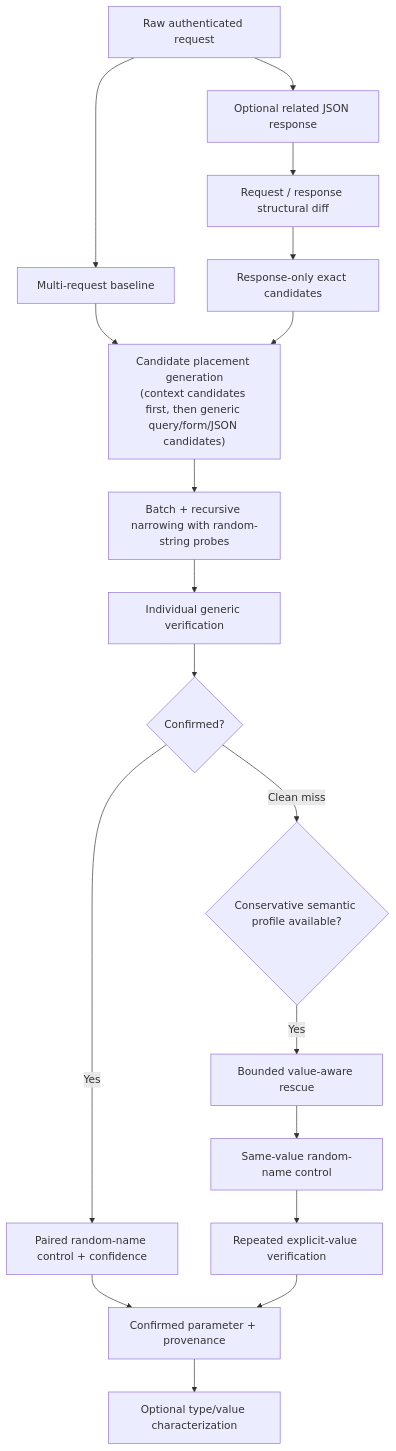
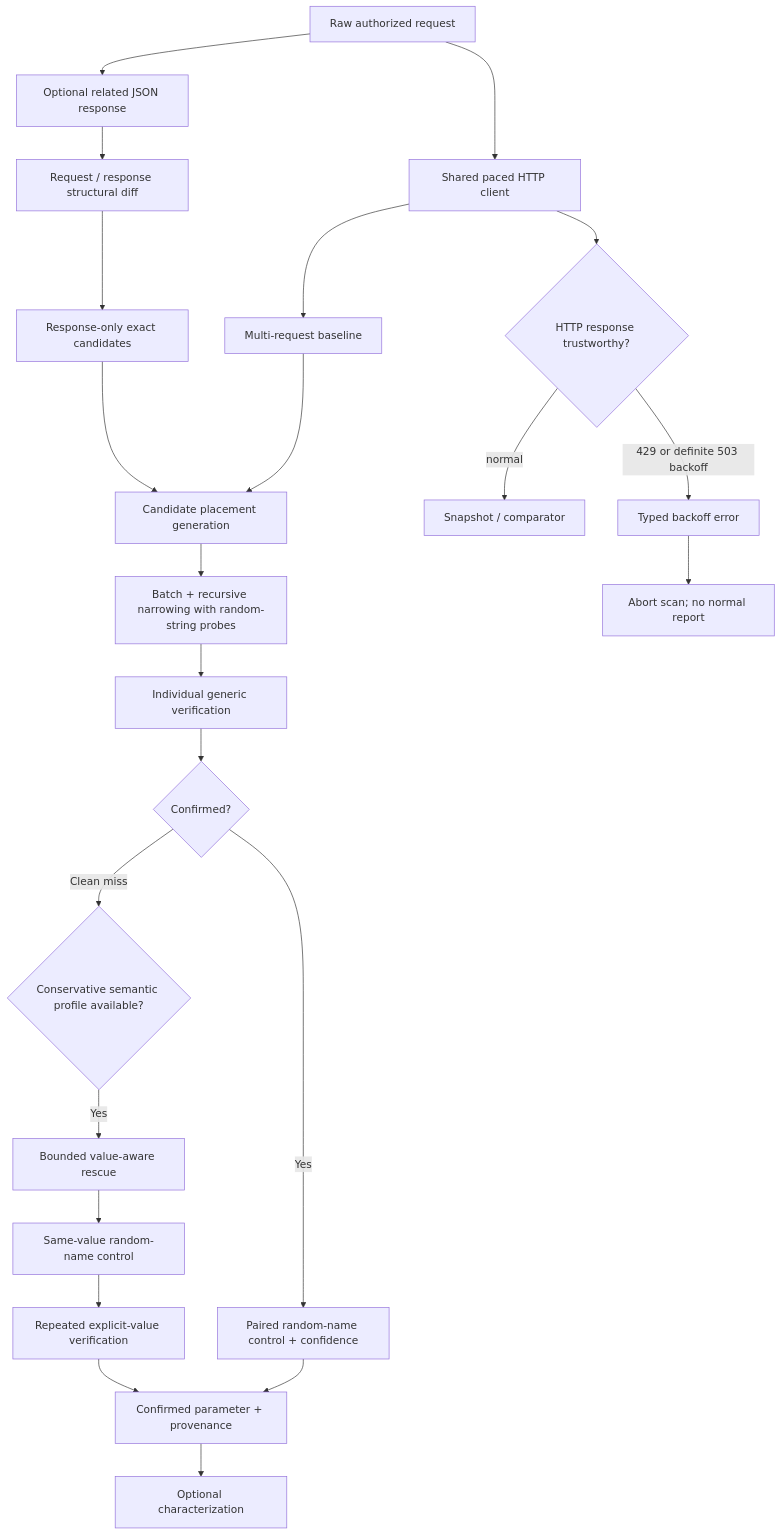
Before and after one commit to tobiasGuta/ParamIntel: the diagram in README.md, drawn with Mermaid. The commit also changed other lines of this file and 12 other files, not shown here.

````diff
--- a/README.md
+++ b/README.md
@@ -40,22 +36,28 @@
 ```mermaid
 flowchart TD
-    A["Raw authenticated request"] --> B["Multi-request baseline"]
+    A["Raw authorized request"] --> B["Shared paced HTTP client"]
     A --> C["Optional related JSON response"]
     C --> D["Request / response structural diff"]
     D --> E["Response-only exact candidates"]
 
-    B --> F["Candidate placement generation<br/>(context candidates first, then generic query/form/JSON candidates)"]
-    E --> F
+    B --> F["Multi-request baseline"]
+    F --> G["Candidate placement generation"]
+    E --> G
 
-    F --> G["Batch + recursive narrowing with random-string probes"]
-    G --> H["Individual generic verification"]
-    H --> I{"Confirmed?"}
-    I -->|Yes| J["Paired random-name control + confidence"]
-    I -->|Clean miss| K{"Conservative semantic profile available?"}
-    K -->|Yes| L["Bounded value-aware rescue"]
-    L --> M["Same-value random-name control"]
-    M --> N["Repeated explicit-value verification"]
-    J --> O["Confirmed parameter + provenance"]
-    N --> O
-    O --> P["Optional type/value characterization"]
+    G --> H["Batch + recursive narrowing with random-string probes"]
+    H --> I["Individual generic verification"]
+    I --> J{"Confirmed?"}
+    J -->|Yes| K["Paired random-name control + confidence"]
+    J -->|Clean miss| L{"Conservative semantic profile available?"}
+    L -->|Yes| M["Bounded value-aware rescue"]
+    M --> N["Same-value random-name control"]
+    N --> O["Repeated explicit-value verification"]
+    K --> P["Confirmed parameter + provenance"]
+    O --> P
+    P --> Q["Optional characterization"]
+
+    B --> R{"HTTP response trustworthy?"}
+    R -->|normal| S["Snapshot / comparator"]
+    R -->|429 or definite 503 backoff| T["Typed backoff error"]
+    T --> U["Abort scan; no normal report"]
 ```
````
